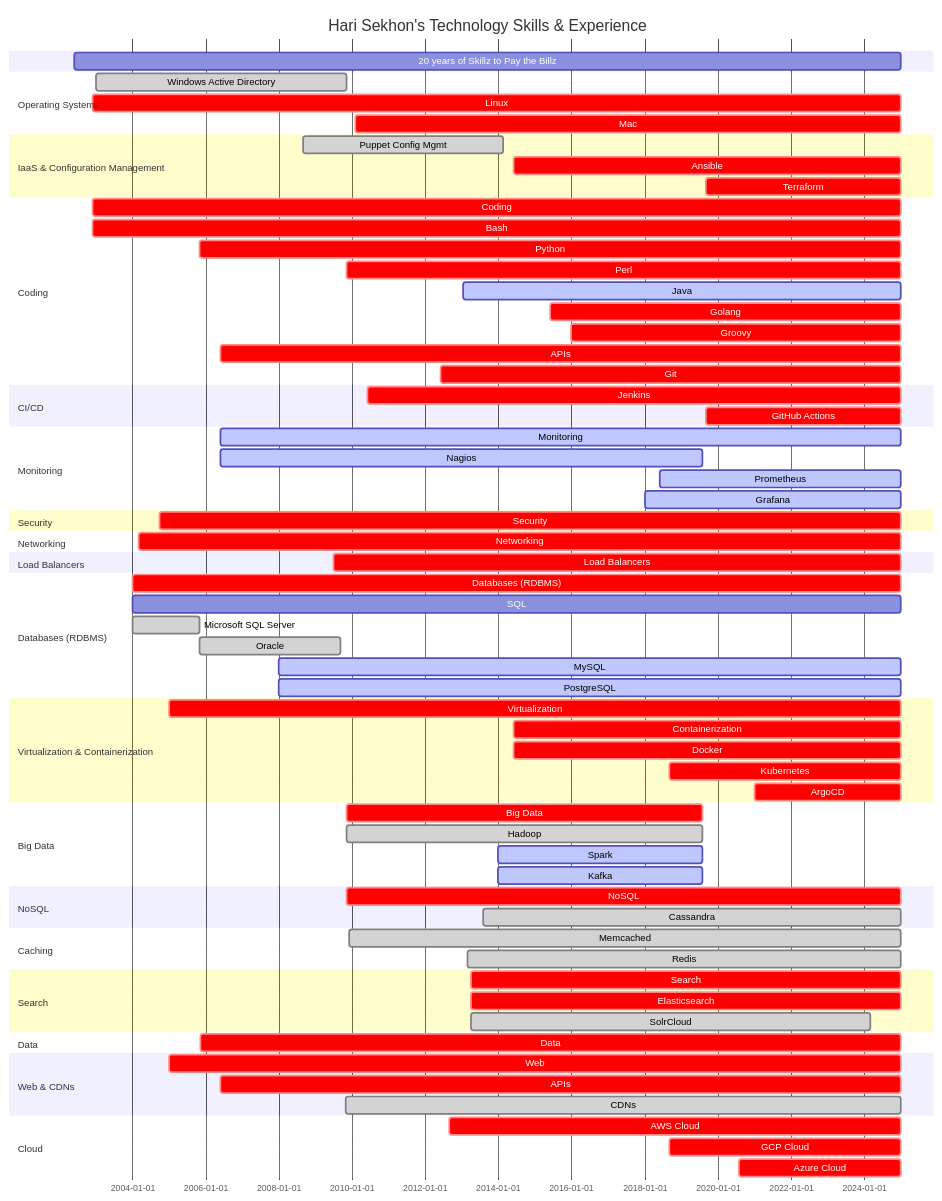
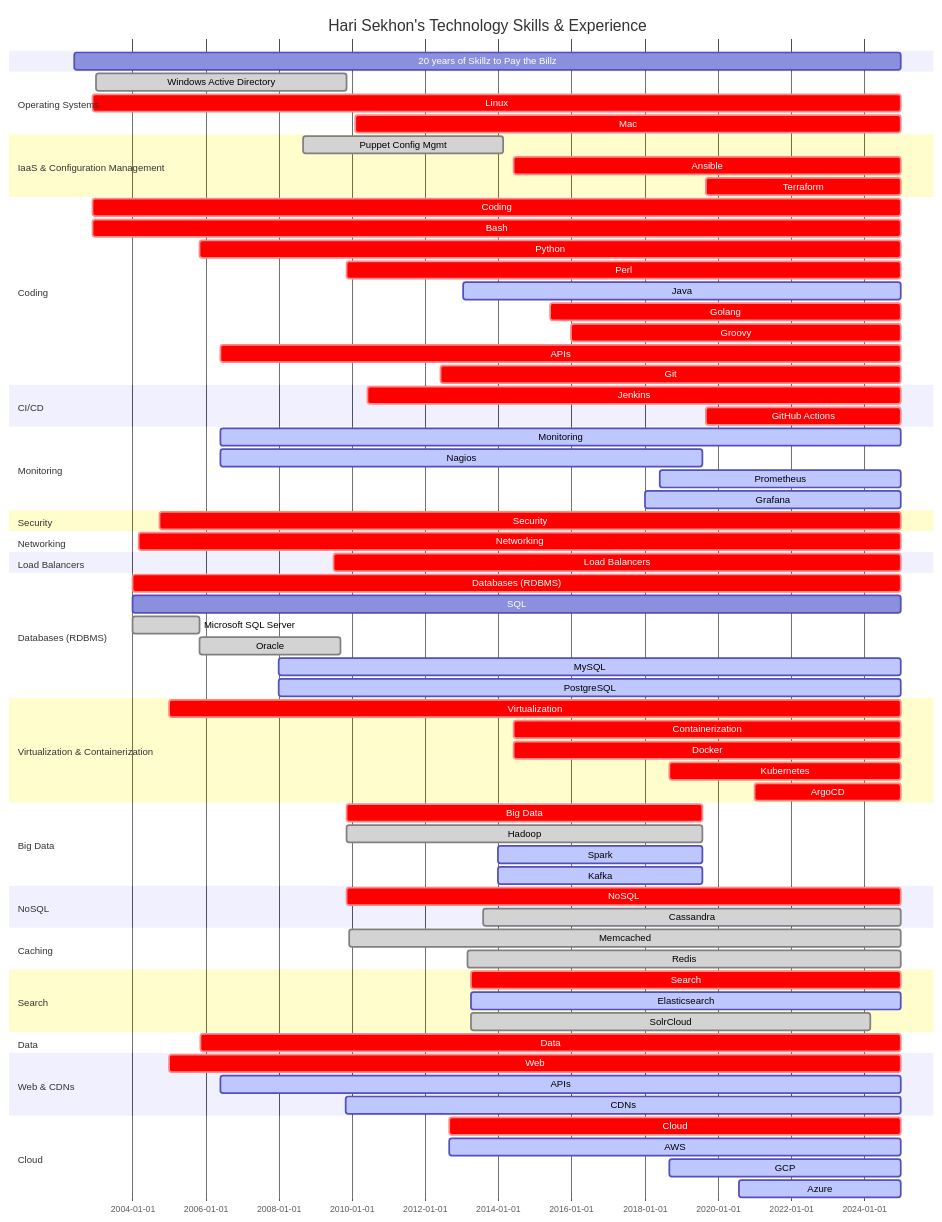
Before and after one commit to HariSekhon/HariSekhon: the diagram in README.md, drawn with Mermaid.

````diff
--- a/README.md
+++ b/README.md
@@ -410,7 +410,7 @@
 
     section Search
     Search                 : crit, 2013-03-31, 2024-12-31
-    Elasticsearch          : crit, 2013-03-31, 2024-12-31
+    Elasticsearch          : active, 2013-03-31, 2024-12-31
     %%LogStash               : done, 2013-03-31, 2024-12-31
     %%Fluentd                : crit, 2018-03-31, 2024-12-31
     %%Kibana                 : crit, 2013-03-31, 2024-12-31
@@ -423,14 +423,15 @@
 
     section Web & CDNs
     Web                    : crit, 2005-01-01, 2024-12-31
-    APIs                   : crit, 2006-06-01, 2024-12-31
-    CDNs                   : done, 2009-11-01, 2024-12-31
+    APIs                   : active, 2006-06-01, 2024-12-31
+    CDNs                   : active, 2009-11-01, 2024-12-31
     %%UlraDNS                : done, 2009-11-01, 2012-06-31
     %%Cotendo                : done, 2012-06-01, 2013-01-13
-    %%Cloudflare             : crit, 2020-08-20, 2024-12-31
+    %%Cloudflare             : active, 2020-08-20, 2024-12-31
 
     section Cloud
-    AWS Cloud              : crit, 2012-09-01, 2024-12-31
-    GCP Cloud              : crit, 2018-09-01, 2024-12-31
-    Azure Cloud            : crit, 2020-08-01, 2024-12-31
+    Cloud            : crit, 2012-09-01, 2024-12-31
+    AWS              : active, 2012-09-01, 2024-12-31
+    GCP              : active, 2018-09-01, 2024-12-31
+    Azure            : active, 2020-08-01, 2024-12-31
 ```
````
